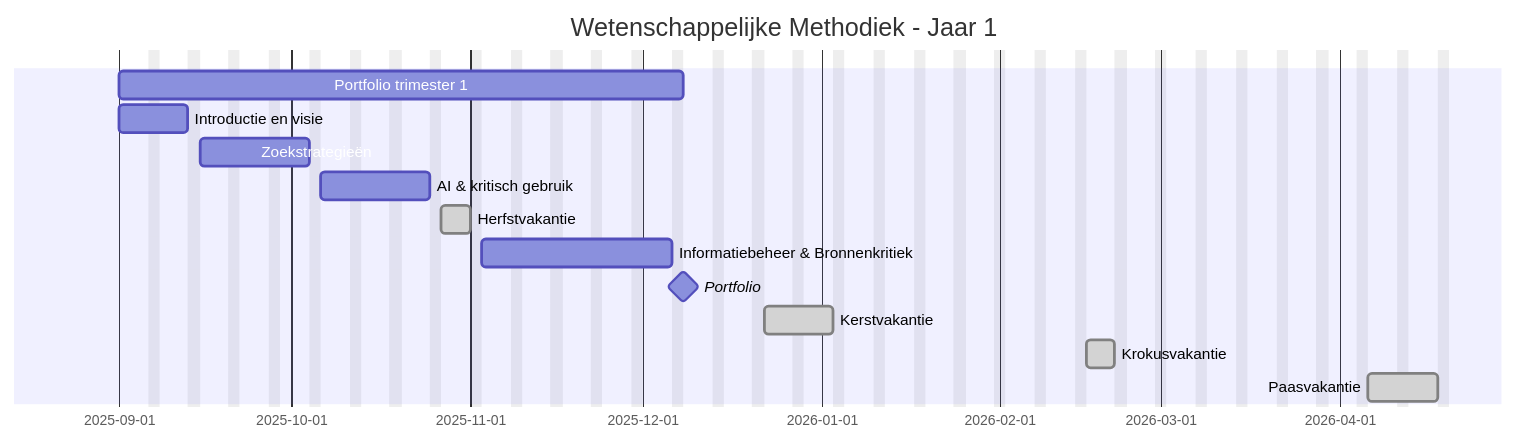
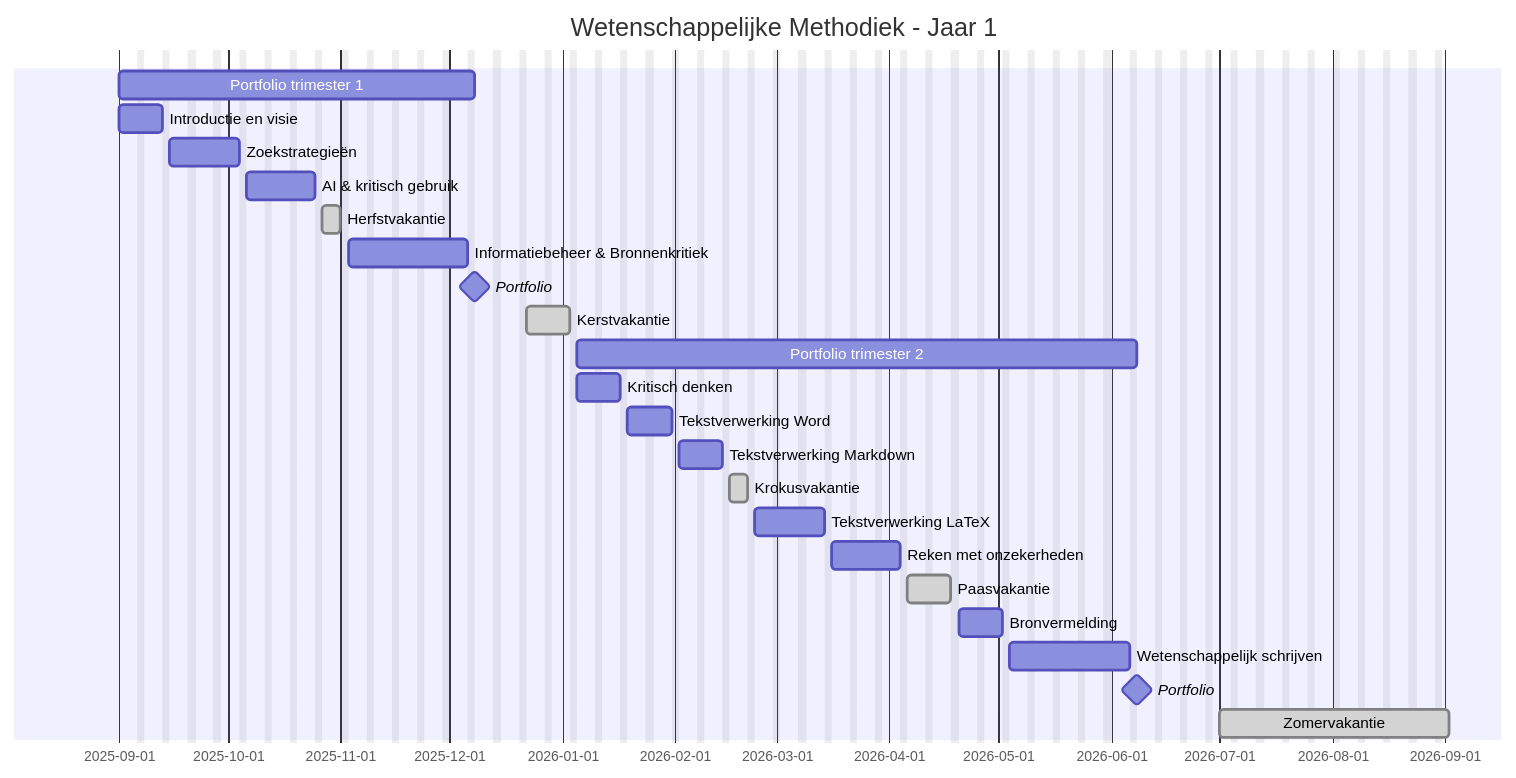
Before and after one commit to psmsmets/WetenschappelijkeMethodiek: the first of 2 diagrams in project5.qmd, drawn with Mermaid. The commit also changed other lines of this file and 6 other files, not shown here.

````diff
--- a/project5.qmd
+++ b/project5.qmd
@@ -84,21 +84,39 @@
 ```{mermaid}
 gantt
     title Wetenschappelijke Methodiek - Jaar 1
     dateFormat  YYYY-MM-DD
     excludes    weekends
 
     Portfolio trimester 1              :2025-09-01, 2025-12-08
 
     Introductie en visie               :i1, 2025-09-01, 10d
     Zoekstrategieën                    :a1, after i1, 15d
     AI & kritisch gebruik              :a2, after a1, 15d
     Herfstvakantie                     :done, break1, 2025-10-27, 5d
 
     Informatiebeheer & Bronnenkritiek  :a3, after break1, 25d
 
     Portfolio                          :milestone, 2025-12-08, 0d
 
     Kerstvakantie                      :done, break2, 2025-12-22, 10d
+
+    Portfolio trimester 2              :2026-01-05, 2026-06-08
+
+    Kritisch denken                    :i2, after break2, 10d
+    Tekstverwerking Word               :b1, after i2, 10d
+    Tekstverwerking Markdown           :b2, after b1, 10d
+
     Krokusvakantie                     :done, break3, 2026-02-16, 5d
+
+    Tekstverwerking LaTeX              :b3, after break3, 15d
+    Reken met onzekerheden             :b4, after b3, 15d
+
     Paasvakantie                       :done, break4, 2026-04-06, 10d
+
+    Bronvermelding                     :c1, after break4, 10d
+    Wetenschappelijk schrijven         :c2, after c1, 25d
+
+    Portfolio                          :milestone, 2026-06-08, 0d
+
+    Zomervakantie                      :done, break5, 2026-07-01, 45d
 ```
````
